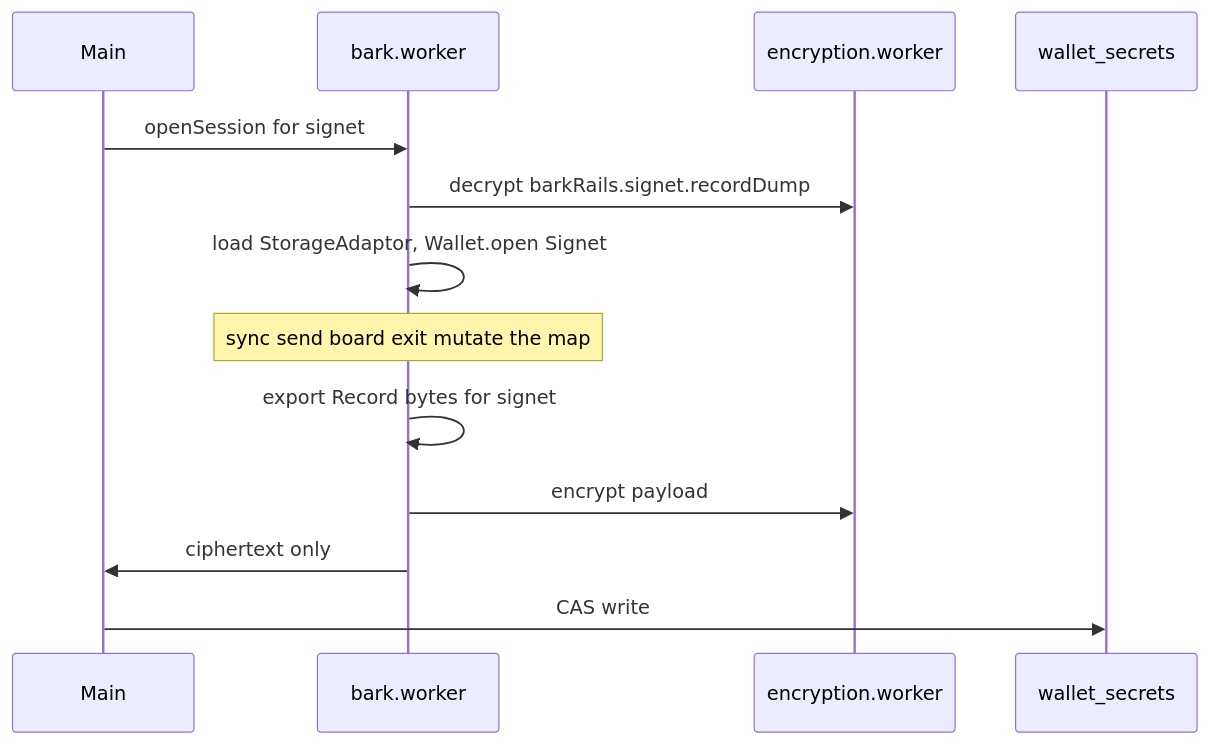
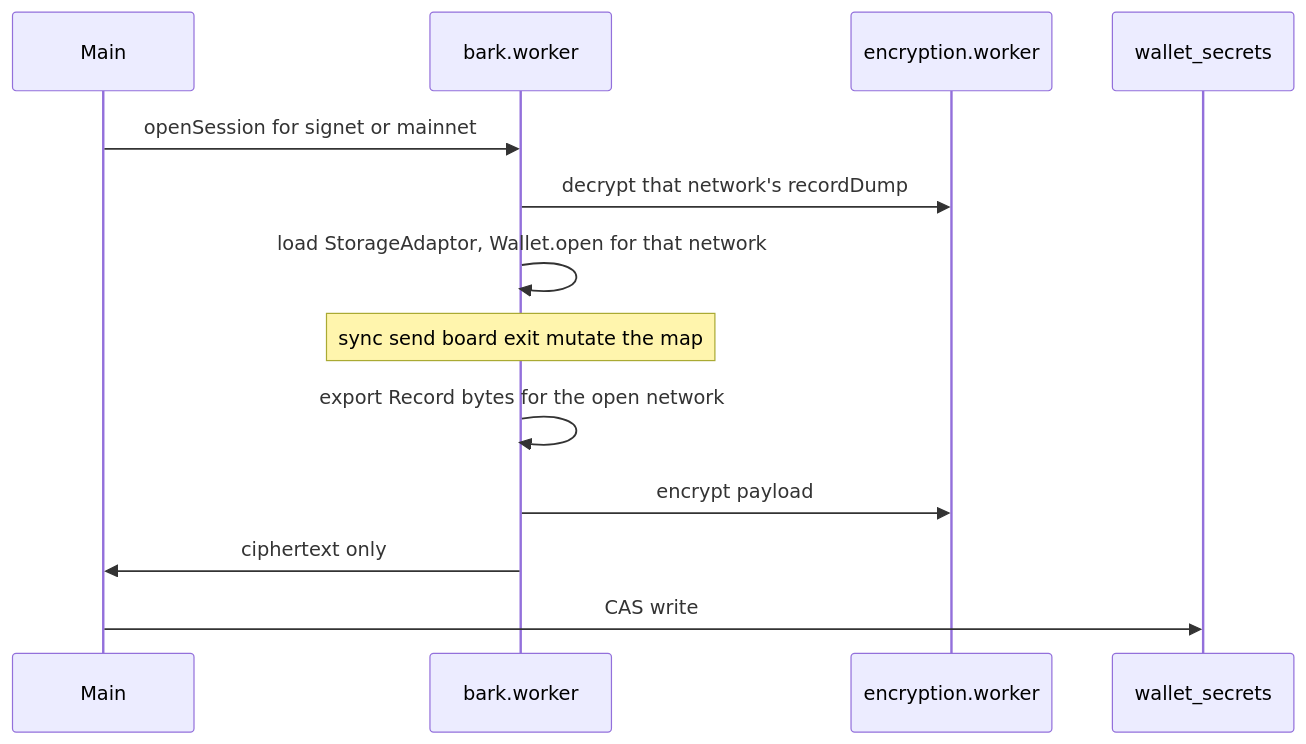
Before and after one commit to Radivis/bitboard-pwa-wallet: the diagram in docs/persistence/bark.md, drawn with Mermaid. The commit also changed other lines of this file and 33 other files, not shown here.

Commit message:
Added mainnet support for Bark

````diff
--- a/docs/persistence/bark.md
+++ b/docs/persistence/bark.md
@@ -48,18 +48,18 @@
 ```mermaid
 sequenceDiagram
   participant Main
   participant BW as bark.worker
   participant EW as encryption.worker
   participant DB as wallet_secrets
 
-  Main->>BW: openSession for signet
-  BW->>EW: decrypt barkRails.signet.recordDump
-  BW->>BW: load StorageAdaptor, Wallet.open Signet
+  Main->>BW: openSession for signet or mainnet
+  BW->>EW: decrypt that network's recordDump
+  BW->>BW: load StorageAdaptor, Wallet.open for that network
 
   Note over BW: sync send board exit mutate the map
 
-  BW->>BW: export Record bytes for signet
+  BW->>BW: export Record bytes for the open network
   BW->>EW: encrypt payload
   BW->>Main: ciphertext only
   Main->>DB: CAS write
 ```
````
